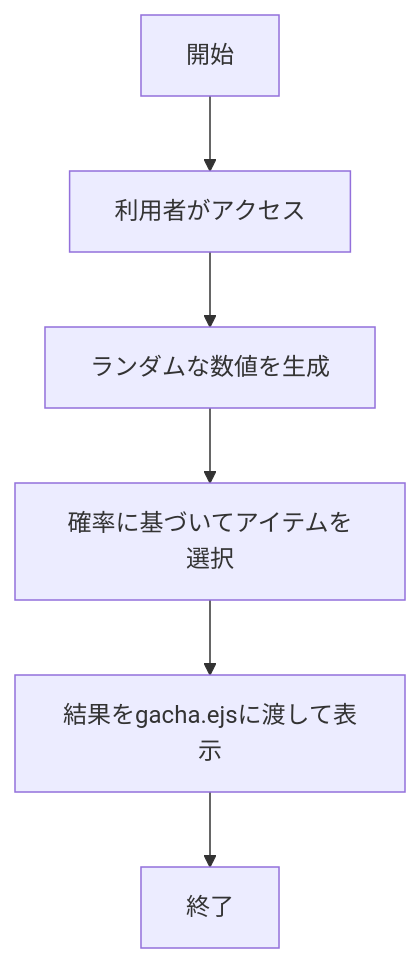
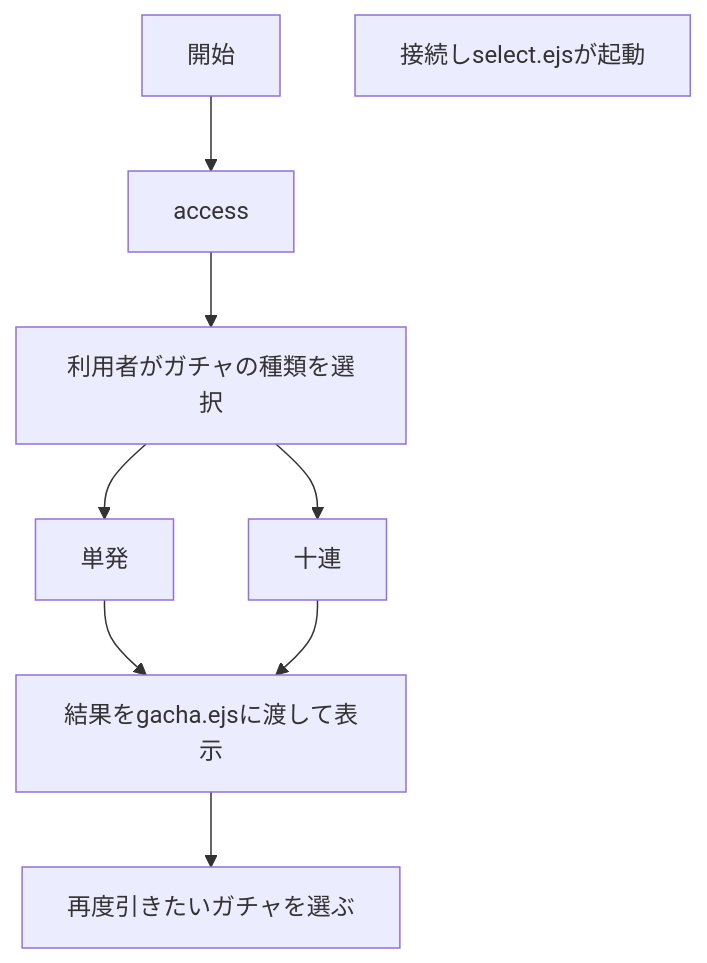
One commit to SaToHaRuKu/webpro_06 changed the second of 3 diagrams in README.md. Above: the diagram before and after it, drawn with Mermaid. The commit also changed other lines of this file and 20 other files, not shown here.

````diff
--- a/README.md
+++ b/README.md
@@ -315,17 +329,20 @@
 ```mermaid
 flowchart TD;
 start["開始"];
-access["利用者がアクセス"];
-random["ランダムな数値を生成"];
-select["確率に基づいてアイテムを選択"];
+accsess["接続しselect.ejsが起動"];
+choise["利用者がガチャの種類を選択"];
+single["単発"];
+multi["十連"];
 output["結果をgacha.ejsに渡して表示"];
-finish["終了"];
+next["再度引きたいガチャを選ぶ"];
 
 
 
 start --> access;
-access --> random;
-random --> select;
-select --> output;
-output --> finish;
+access --> choise;
+choise --> single;
+choise --> multi;
+single --> output;
+multi --> output;
+output --> next;
 ```
````
